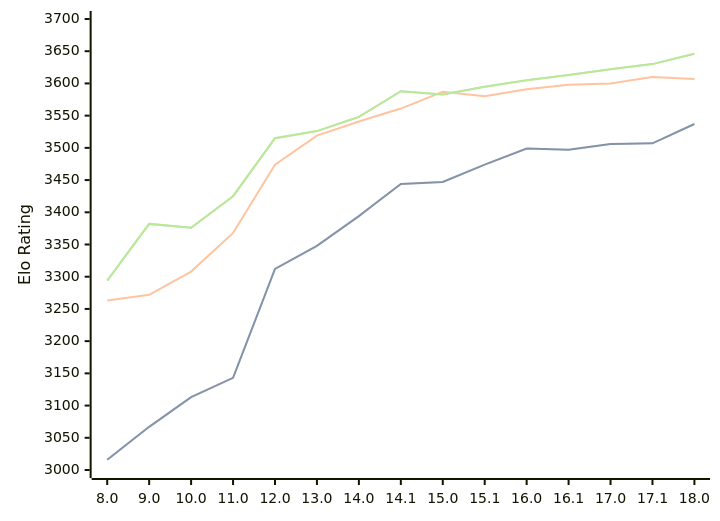
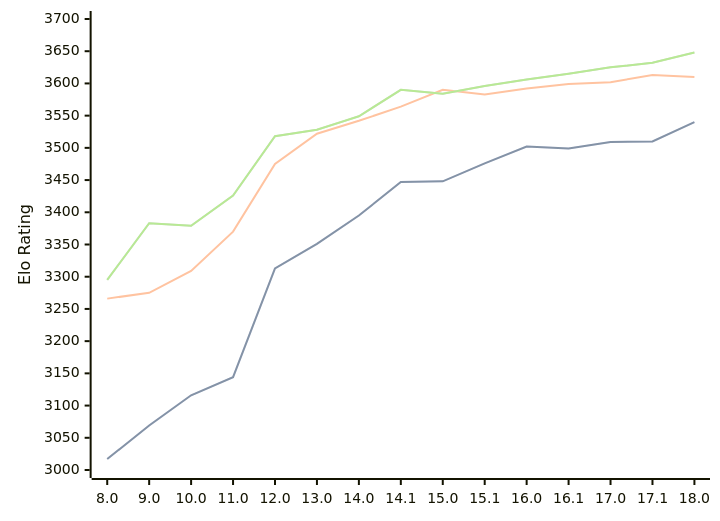
One commit to computer-chess-index/cci changed the diagram in engines/Stockfish.md. Above: the diagram before and after it, drawn with Mermaid. The commit also changed other lines of this file, not shown here.

Commit message:
Update CCI Ratings (ELO VLTC) - 2026-04-11

````diff
--- a/engines/Stockfish.md
+++ b/engines/Stockfish.md
@@ -46,11 +46,11 @@
 ```mermaid
 %%{init: {"theme":"base","themeVariables":{"seriesColors:['#a3a3a3','#222221','#faa371']}}}%%
 xychart-beta
   x-axis ["8.0", "9.0", "10.0", "11.0", "12.0", "13.0", "14.0", "14.1", "15.0", "15.1", "16.0", "16.1", "17.0", "17.1", "18.0"]
   y-axis "Elo Rating" 3000 --> 3700
-  line "STC (8.0+0.08s)" [3016, 3067, 3113, 3143, 3312, 3348, 3394, 3444, 3447, 3474, 3499, 3497, 3506, 3507, 3537]
-  line "STC (8.0+0.08s)" [3016, 3067, 3113, 3143, 3312, 3348, 3394, 3444, 3447, 3474, 3499, 3497, 3506, 3507, 3537]
-  line "LTC (60.0+0.60s)" [3263, 3272, 3308, 3368, 3474, 3519, 3541, 3561, 3587, 3580, 3591, 3598, 3600, 3610, 3607]
-  line "VLTC (2m24s+1.12s)" [3294, 3382, 3376, 3425, 3515, 3526, 3548, 3588, 3583, 3595, 3605, 3613, 3622, 3630, 3646]
-  line "VLTC (2m24s+1.12s)" [3294, 3382, 3376, 3425, 3515, 3526, 3548, 3588, 3583, 3595, 3605, 3613, 3622, 3630, 3646]
+  line "STC (8.0+0.08s)" [3017, 3069, 3116, 3144, 3313, 3351, 3395, 3447, 3448, 3476, 3502, 3499, 3509, 3510, 3540]
+  line "STC (8.0+0.08s)" [3017, 3069, 3116, 3144, 3313, 3351, 3395, 3447, 3448, 3476, 3502, 3499, 3509, 3510, 3540]
+  line "LTC (60.0+0.60s)" [3266, 3275, 3309, 3370, 3475, 3522, 3542, 3564, 3590, 3583, 3592, 3599, 3602, 3613, 3610]
+  line "VLTC (2m24s+1.12s)" [3295, 3383, 3379, 3426, 3518, 3528, 3549, 3590, 3584, 3596, 3606, 3615, 3625, 3632, 3648]
+  line "VLTC (2m24s+1.12s)" [3295, 3383, 3379, 3426, 3518, 3528, 3549, 3590, 3584, 3596, 3606, 3615, 3625, 3632, 3648]
 ```
````
